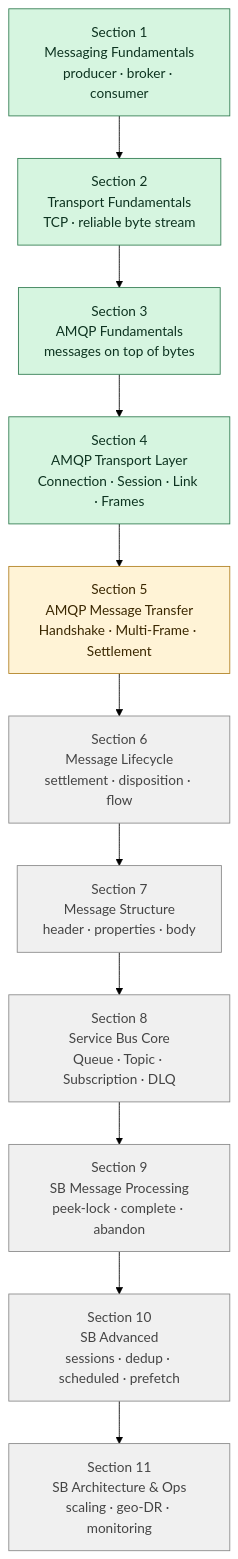
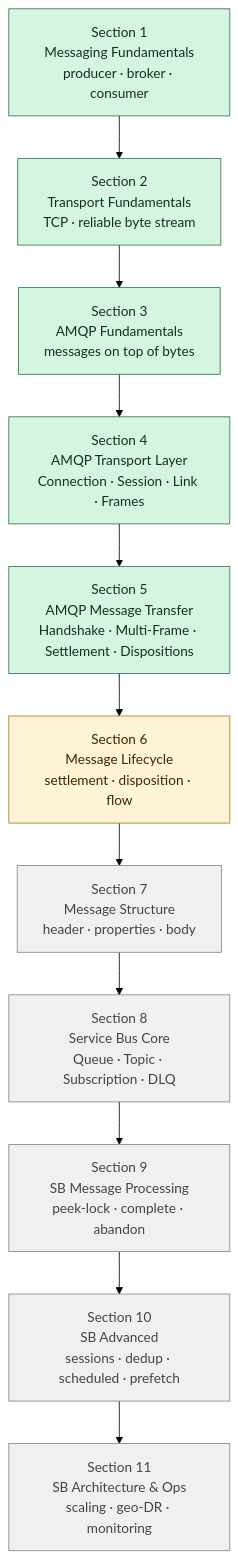
The diagram in Index.md (sidanacode/Azure-Service-Bus), drawn with Mermaid (forest theme) before and after one commit. The commit also changed other lines of this file and 3 other files, not shown here.

````diff
--- a/Index.md
+++ b/Index.md
@@ -19,20 +19,20 @@
 ```mermaid
 flowchart TB
     S1[Section 1<br/>Messaging Fundamentals<br/>producer · broker · consumer]:::done
     S2[Section 2<br/>Transport Fundamentals<br/>TCP · reliable byte stream]:::done
     S3[Section 3<br/>AMQP Fundamentals<br/>messages on top of bytes]:::done
     S4[Section 4<br/>AMQP Transport Layer<br/>Connection · Session · Link · Frames]:::done
-    S5[Section 5<br/>AMQP Message Transfer<br/>Handshake · Multi-Frame · Settlement]:::next
-    S6[Section 6<br/>Message Lifecycle<br/>settlement · disposition · flow]:::todo
+    S5[Section 5<br/>AMQP Message Transfer<br/>Handshake · Multi-Frame · Settlement · Dispositions]:::done
+    S6[Section 6<br/>Message Lifecycle<br/>settlement · disposition · flow]:::next
     S7[Section 7<br/>Message Structure<br/>header · properties · body]:::todo
     S8[Section 8<br/>Service Bus Core<br/>Queue · Topic · Subscription · DLQ]:::todo
     S9[Section 9<br/>SB Message Processing<br/>peek-lock · complete · abandon]:::todo
     S10[Section 10<br/>SB Advanced<br/>sessions · dedup · scheduled · prefetch]:::todo
     S11[Section 11<br/>SB Architecture & Ops<br/>scaling · geo-DR · monitoring]:::todo
 
     S1 --> S2 --> S3 --> S4 --> S5 --> S6 --> S7 --> S8 --> S9 --> S10 --> S11
 
     classDef done fill:#d6f5e0,stroke:#2f7a4f,color:#0d3320
     classDef next fill:#fff3d6,stroke:#b07f1f,color:#3a2700
     classDef todo fill:#f0f0f0,stroke:#888,color:#444
 ```
````
